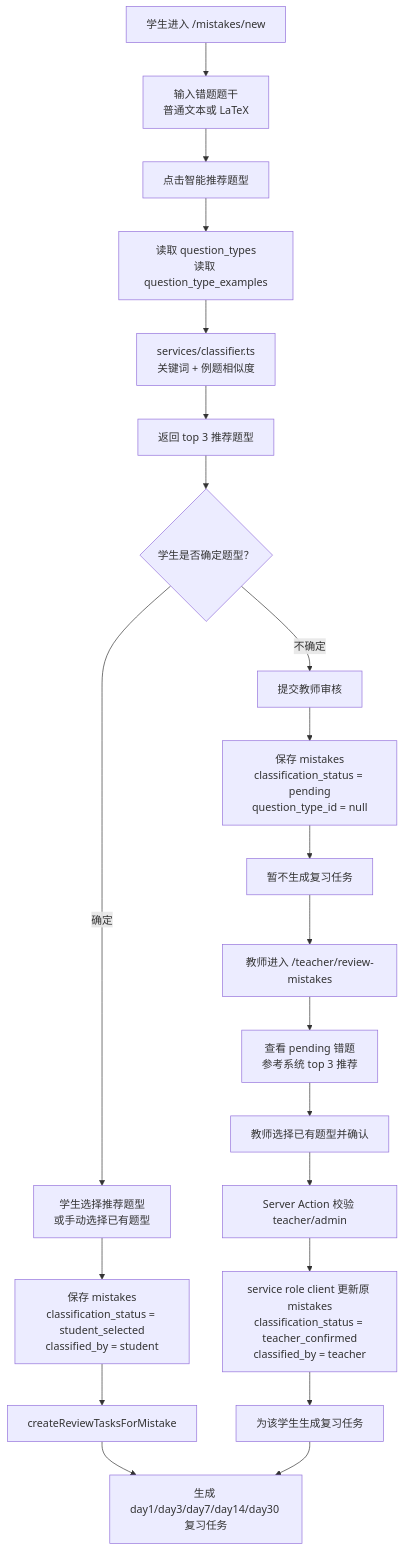
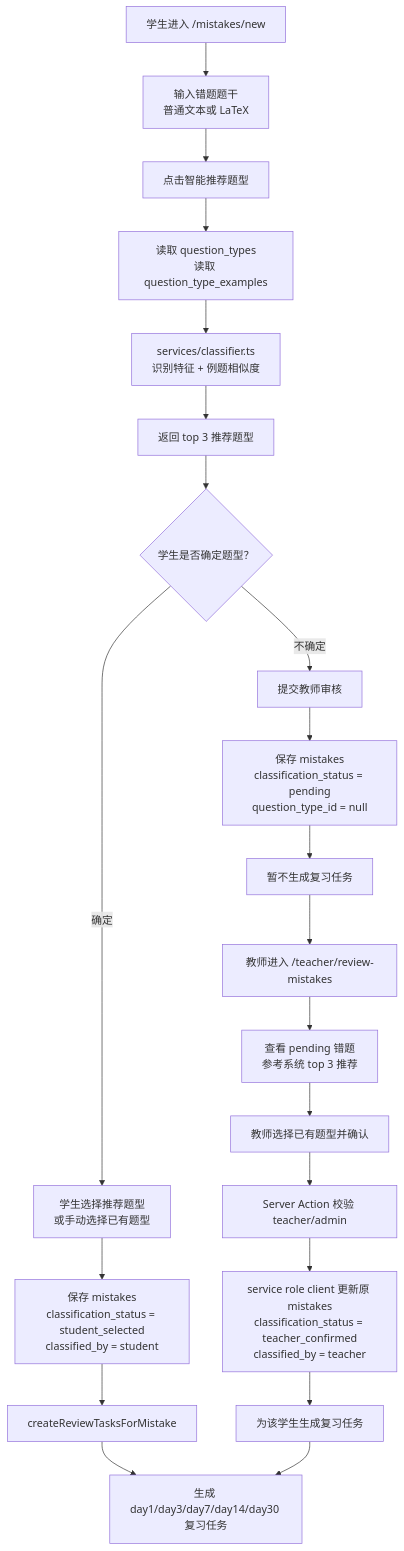
One commit to liujiznhu-corder/math-review-system changed the diagram in docs/ARCHITECTURE.md. Above: the diagram before and after it, drawn with Mermaid. The commit also changed other lines of this file and 39 other files, not shown here.

````diff
--- a/docs/ARCHITECTURE.md
+++ b/docs/ARCHITECTURE.md
@@ -1024,25 +1077,25 @@
 ```mermaid
 flowchart TD
   A["学生进入 /mistakes/new"] --> B["输入错题题干<br/>普通文本或 LaTeX"]
   B --> C["点击智能推荐题型"]
   C --> D["读取 question_types<br/>读取 question_type_examples"]
-  D --> E["services/classifier.ts<br/>关键词 + 例题相似度"]
+  D --> E["services/classifier.ts<br/>识别特征 + 例题相似度"]
   E --> F["返回 top 3 推荐题型"]
 
   F --> G{"学生是否确定题型？"}
   G -->|确定| H["学生选择推荐题型<br/>或手动选择已有题型"]
   H --> I["保存 mistakes<br/>classification_status = student_selected<br/>classified_by = student"]
   I --> J["createReviewTasksForMistake"]
   J --> K["生成 day1/day3/day7/day14/day30 复习任务"]
 
   G -->|不确定| L["提交教师审核"]
   L --> M["保存 mistakes<br/>classification_status = pending<br/>question_type_id = null"]
   M --> N["暂不生成复习任务"]
   N --> O["教师进入 /teacher/review-mistakes"]
   O --> P["查看 pending 错题<br/>参考系统 top 3 推荐"]
   P --> Q["教师选择已有题型并确认"]
   Q --> R["Server Action 校验 teacher/admin"]
   R --> S["service role client 更新原 mistakes<br/>classification_status = teacher_confirmed<br/>classified_by = teacher"]
   S --> T["为该学生生成复习任务"]
   T --> K
 ```
````
